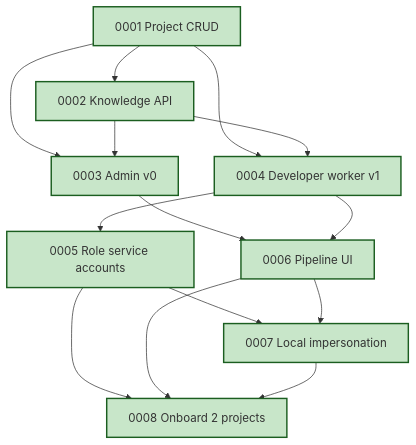
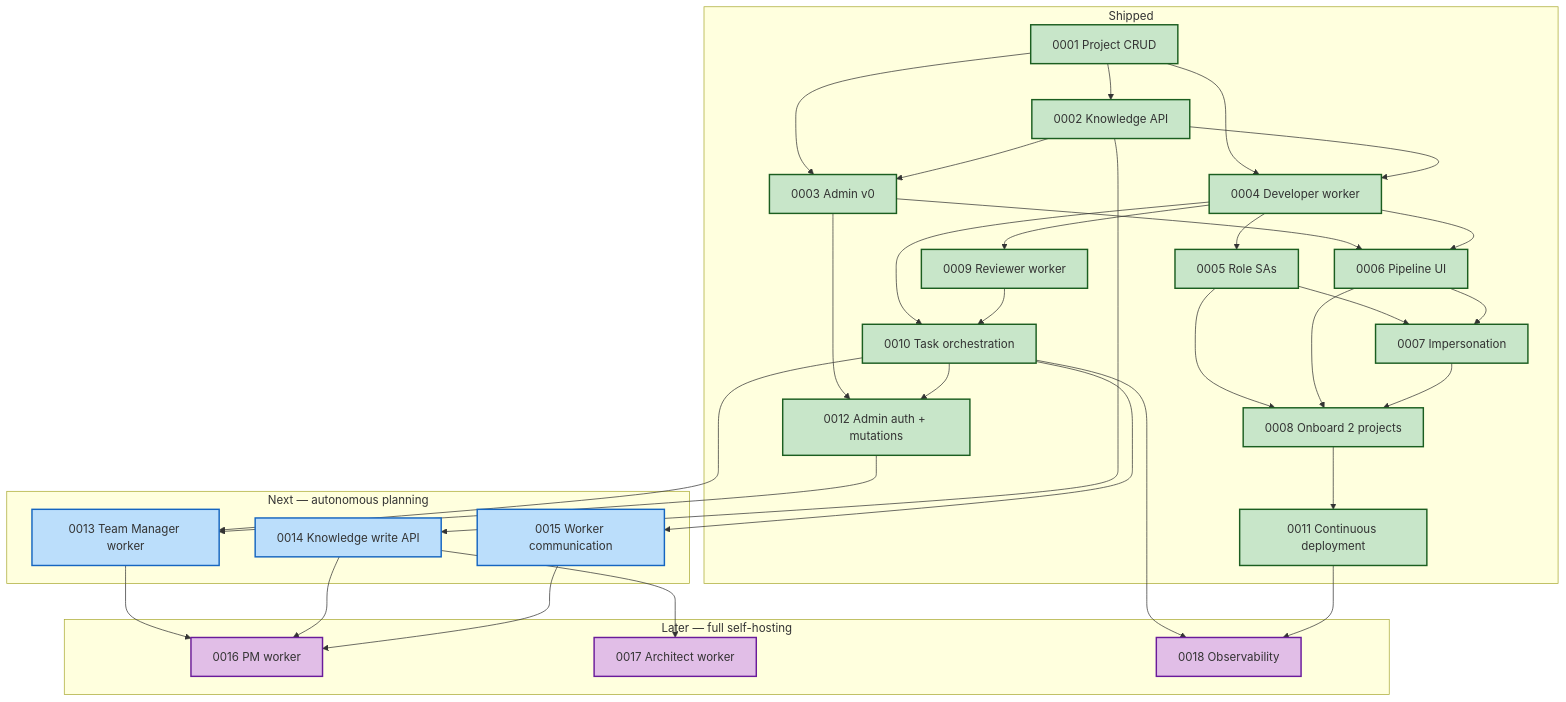
One commit to coder-devx/coder-system changed the diagram in system/product-specs/ROADMAP.md. Above: the diagram before and after it, drawn with Mermaid. The commit also changed other lines of this file and 3 other files, not shown here.

First line of the commit message:
docs: ship spec 0012 — admin panel auth and mutations

````diff
--- a/system/product-specs/ROADMAP.md
+++ b/system/product-specs/ROADMAP.md
@@ -185,28 +293,74 @@
 ```mermaid
 flowchart TB
-  s1["0001 Project CRUD"]
-  s2["0002 Knowledge API"]
-  s3["0003 Admin v0"]
-  s4["0004 Developer worker v1"]
-  s5["0005 Role service accounts"]
-  s6["0006 Pipeline UI"]
-  s7["0007 Local impersonation"]
-  s8["0008 Onboard 2 projects"]
+  subgraph shipped [Shipped]
+    s1["0001 Project CRUD"]
+    s2["0002 Knowledge API"]
+    s3["0003 Admin v0"]
+    s4["0004 Developer worker"]
+    s5["0005 Role SAs"]
+    s6["0006 Pipeline UI"]
+    s7["0007 Impersonation"]
+    s8["0008 Onboard 2 projects"]
+    s9["0009 Reviewer worker"]
+    s10["0010 Task orchestration"]
+    s11["0011 Continuous deployment"]
+    s12["0012 Admin auth + mutations"]
+  end
 
+  subgraph next ["Next — autonomous planning"]
+    s13["0013 Team Manager worker"]
+    s14["0014 Knowledge write API"]
+    s15["0015 Worker communication"]
+  end
+
+  subgraph later ["Later — full self-hosting"]
+    s16["0016 PM worker"]
+    s17["0017 Architect worker"]
+    s18["0018 Observability"]
+  end
+
+  %% Shipped internal deps
   s1 --> s2
   s1 --> s3
   s1 --> s4
   s2 --> s3
   s2 --> s4
   s3 --> s6
   s4 --> s5
   s4 --> s6
   s5 --> s7
   s6 --> s7
   s5 --> s8
   s6 --> s8
   s7 --> s8
 
+  %% Now deps
+  s4 --> s9
+  s4 --> s10
+  s9 --> s10
+  s8 --> s11
+  s3 --> s12
+  s10 --> s12
+
+  %% Next deps
+  s10 --> s13
+  s12 --> s13
+  s2 --> s14
+  s10 --> s15
+
+  %% Later deps
+  s13 --> s16
+  s14 --> s16
+  s15 --> s16
+  s14 --> s17
+  s10 --> s18
+  s11 --> s18
+
   classDef shipped fill:#c8e6c9,stroke:#1b5e20,stroke-width:2px
-  class s1,s2,s3,s4,s5,s6,s7,s8 shipped
+  classDef next fill:#bbdefb,stroke:#1565c0,stroke-width:2px
+  classDef later fill:#e1bee7,stroke:#6a1b9a,stroke-width:2px
+
+  class s1,s2,s3,s4,s5,s6,s7,s8,s9,s10,s11,s12 shipped
+  class s13,s14,s15 next
+  class s16,s17,s18 later
 ```
````
